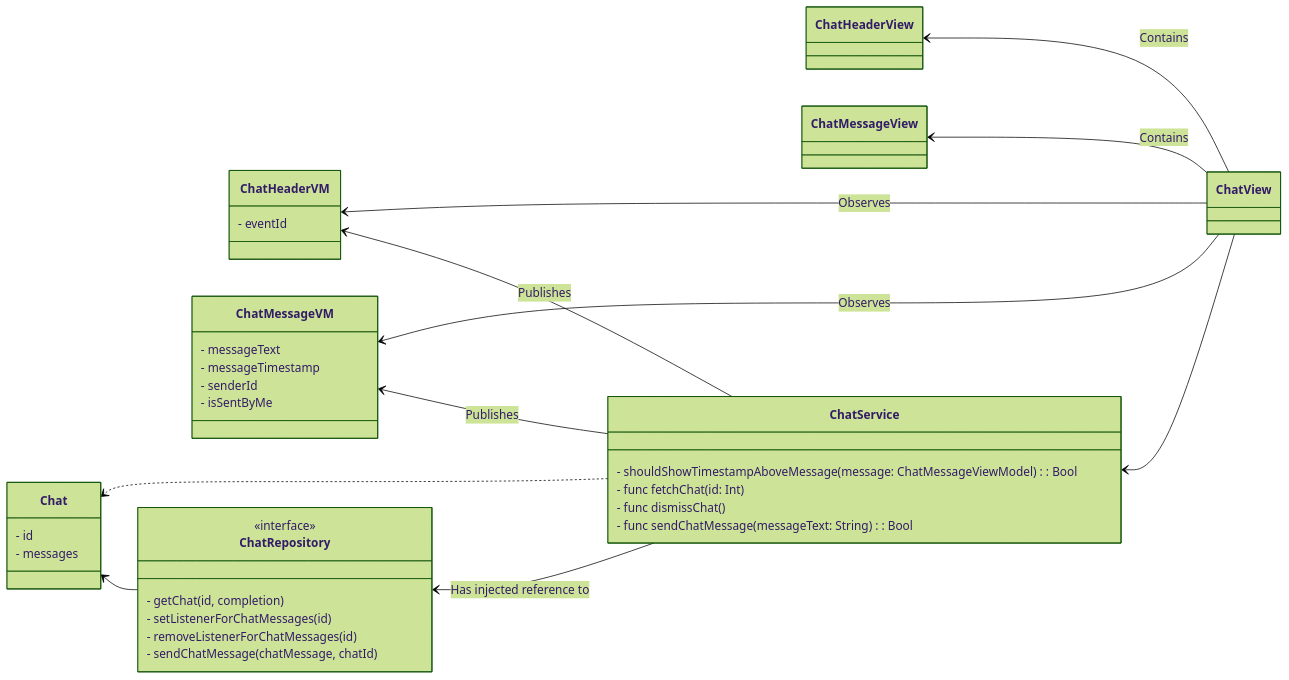
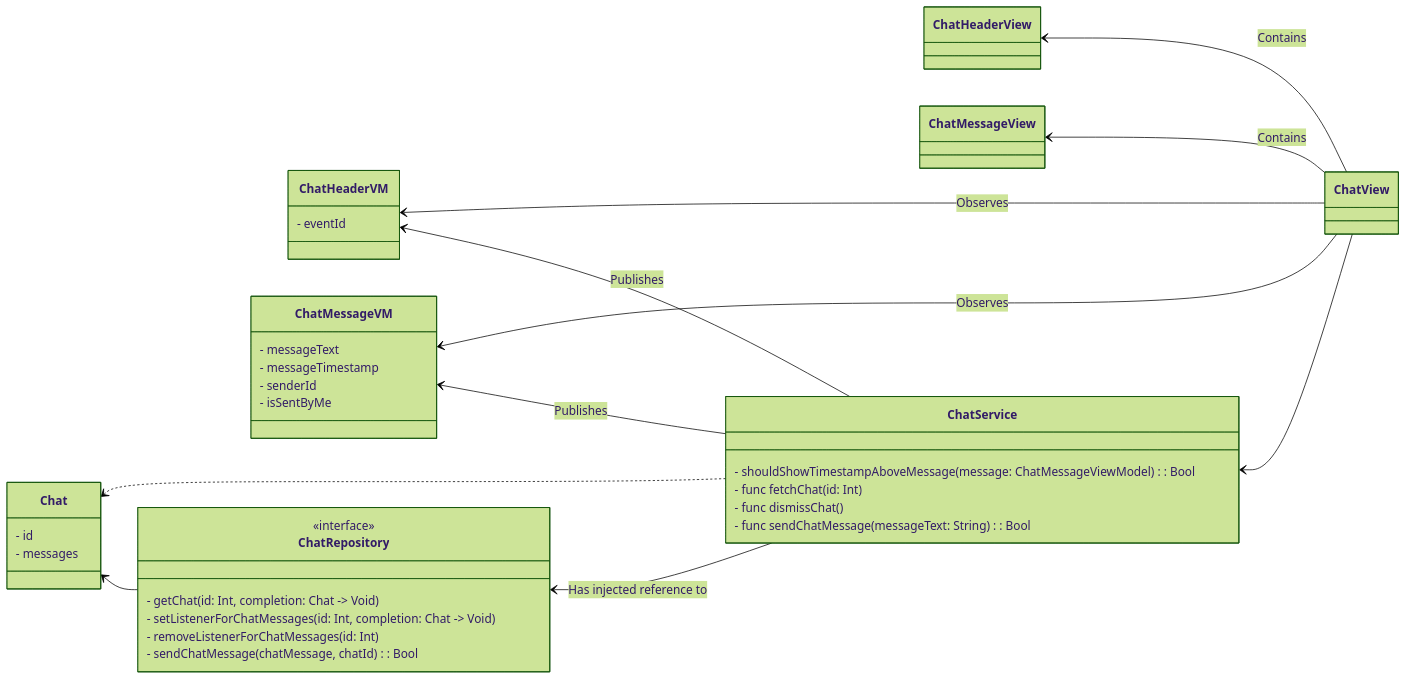
One commit to cs3217-2223/group-project-sotravel changed the diagram in Sotravel/docs/diagrams/sprint-2-report/chat-concrete-view-service-viewmodel.mmd. Above: the diagram before and after it, drawn with Mermaid (forest theme). The commit also changed 3 other files, not shown here.

Commit message:
chat page cell sort and update class diagram

```diff
--- a/Sotravel/docs/diagrams/sprint-2-report/chat-concrete-view-service-viewmodel.mmd
+++ b/Sotravel/docs/diagrams/sprint-2-report/chat-concrete-view-service-viewmodel.mmd
@@ -1,42 +1,42 @@
 classDiagram
     direction RL
     ChatView --> ChatHeaderView: Contains
     ChatView --> ChatMessageView: Contains
     ChatView --> ChatHeaderVM: Observes
     ChatView --> ChatMessageVM: Observes
     ChatView --> ChatService
     ChatService ..> Chat
     ChatRepository --> Chat
     ChatService --> ChatHeaderVM: Publishes
     ChatService --> ChatMessageVM: Publishes
     ChatService --> ChatRepository: Has injected reference to
     
     class ChatView { }
     class ChatHeaderView { }
     class ChatMessageView { }
     class ChatHeaderVM {
         - eventId
     }
     class ChatMessageVM {
         - messageText
         - messageTimestamp
         - senderId
         - isSentByMe
     }
     class Chat {
         - id
         - messages
     }
     class ChatService {
         - shouldShowTimestampAboveMessage(message: ChatMessageViewModel): Bool
         - func fetchChat(id: Int)
         - func dismissChat()
         - func sendChatMessage(messageText: String): Bool
     }
     class ChatRepository {
         <<interface>>
-        - getChat(id, completion)
-        - setListenerForChatMessages(id)
-        - removeListenerForChatMessages(id)
-        - sendChatMessage(chatMessage, chatId)
+        - getChat(id: Int, completion: Chat -> Void)
+        - setListenerForChatMessages(id: Int, completion: Chat -> Void)
+        - removeListenerForChatMessages(id: Int)
+        - sendChatMessage(chatMessage, chatId): Bool
     }
```
